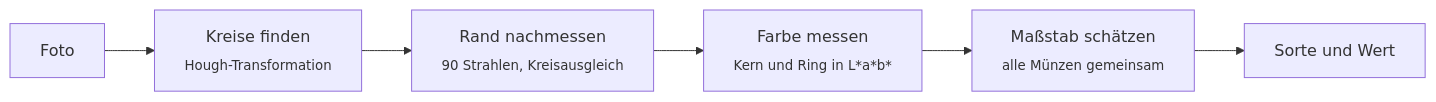
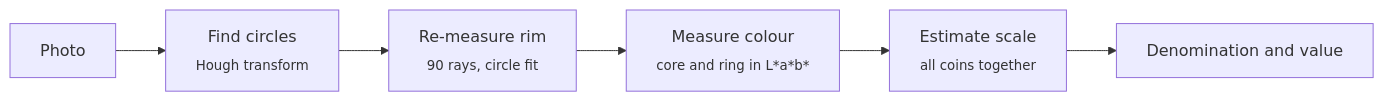
The diagram in README.md (michaelkrisper/muenzen), drawn with Mermaid before and after one commit. The commit also changed other lines of this file and 1 other file, not shown here.

````diff
--- a/README.md
+++ b/README.md
@@ -48,8 +50,8 @@
 ```mermaid
 flowchart LR
-  A[Foto] --> B[Kreise finden<br><sub>Hough-Transformation</sub>]
-  B --> C[Rand nachmessen<br><sub>90 Strahlen, Kreisausgleich</sub>]
-  C --> D[Farbe messen<br><sub>Kern und Ring in L*a*b*</sub>]
-  D --> E[Maßstab schätzen<br><sub>alle Münzen gemeinsam</sub>]
-  E --> F[Sorte und Wert]
+  A[Photo] --> B[Find circles<br><sub>Hough transform</sub>]
+  B --> C[Re-measure rim<br><sub>90 rays, circle fit</sub>]
+  C --> D[Measure colour<br><sub>core and ring in L*a*b*</sub>]
+  D --> E[Estimate scale<br><sub>all coins together</sub>]
+  E --> F[Denomination and value]
 ```
````
